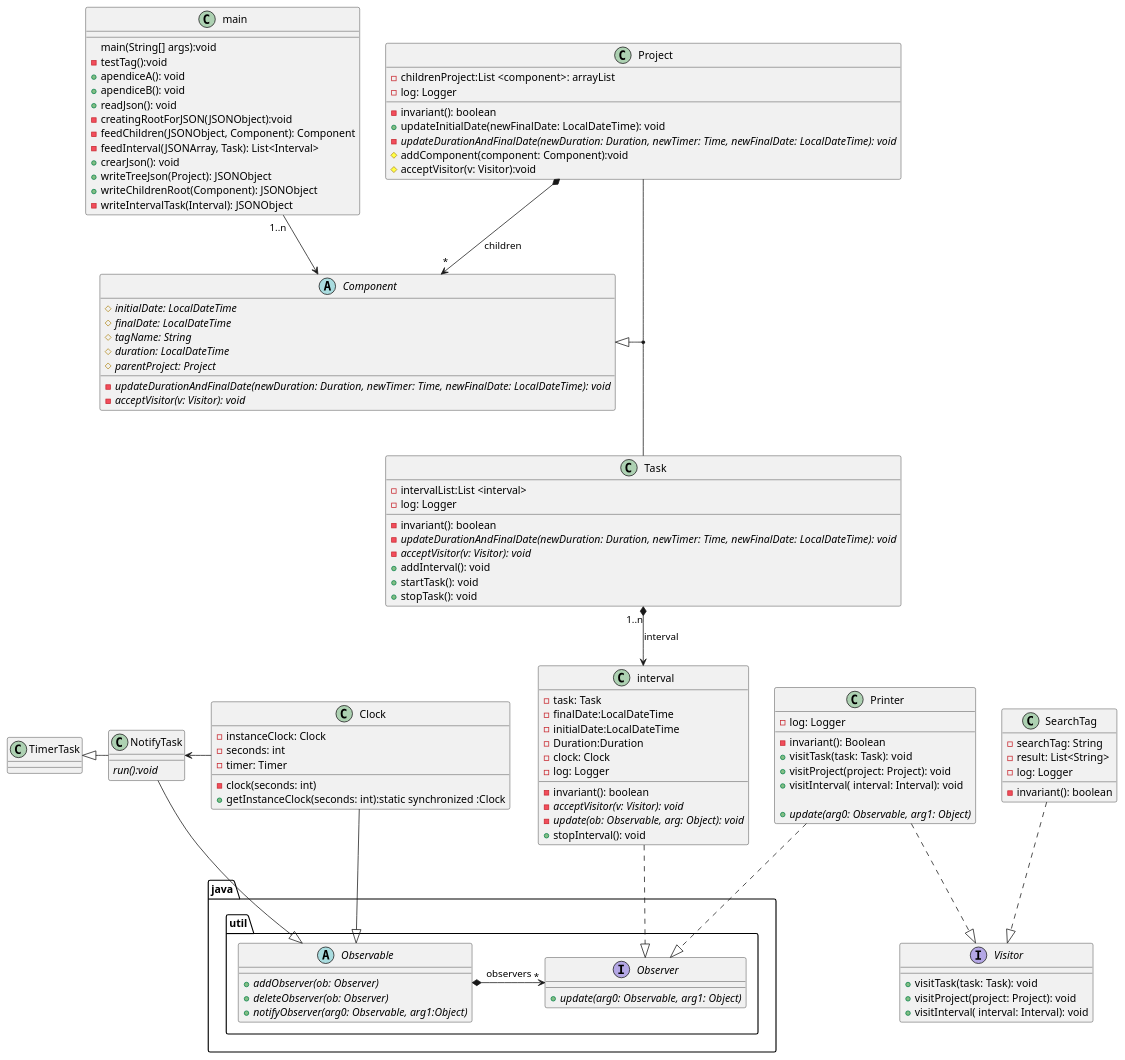
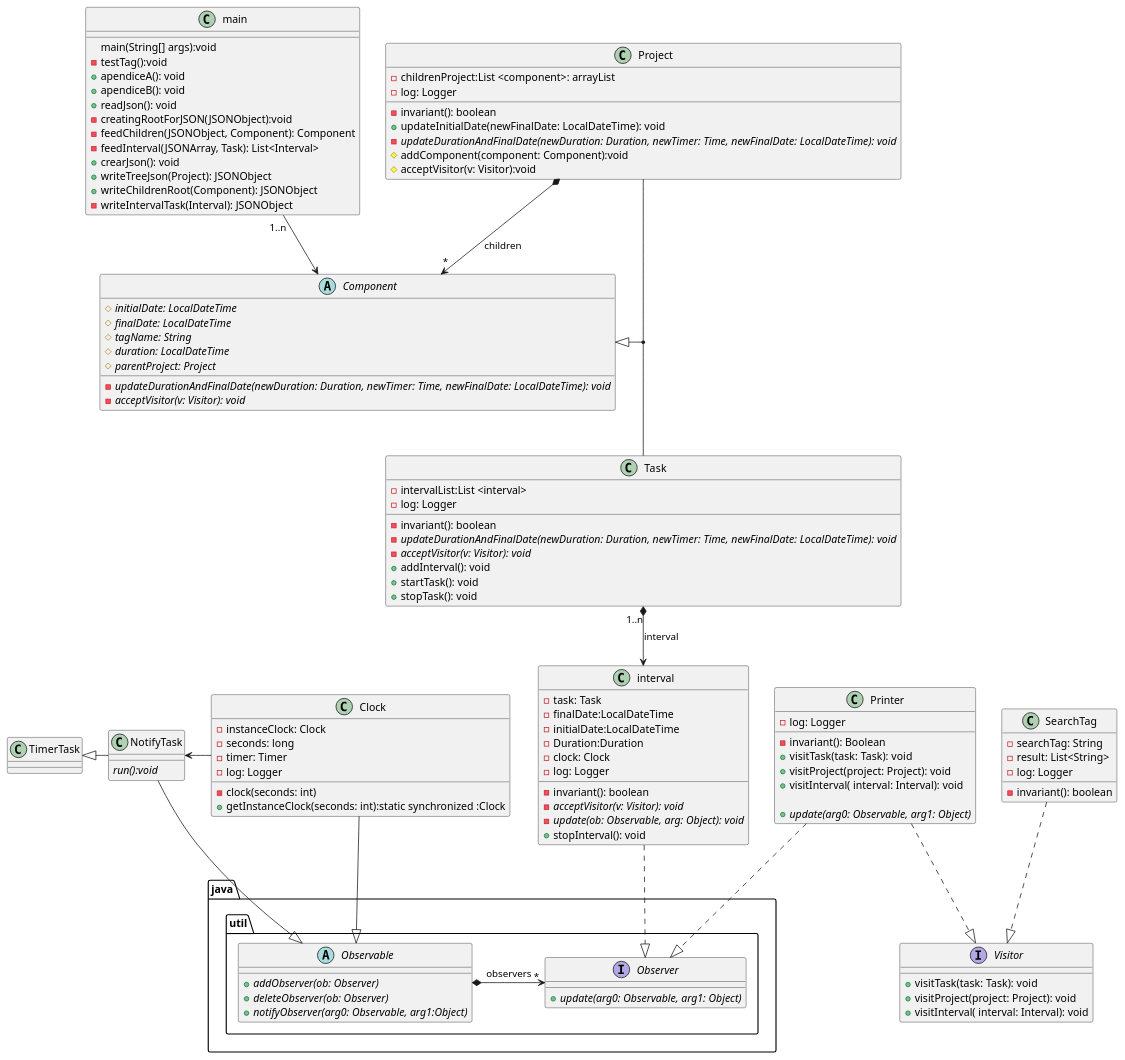
Before and after one commit to alekzihz/DS_TimeTracking: the diagram in src/umlTimeTracking.puml, drawn with PlantUML.

Commit message:
actualización uml

```diff
--- a/src/umlTimeTracking.puml
+++ b/src/umlTimeTracking.puml
@@ -1,148 +1,149 @@
 @startuml
 
 'https://plantuml.com/class-diagram
 
 
 
 class main{
   main(String[] args):void
   -testTag():void
   +apendiceA(): void
   +apendiceB(): void
   +readJson(): void
   -creatingRootForJSON(JSONObject):void
   -feedChildren(JSONObject, Component): Component
   -feedInterval(JSONArray, Task): List<Interval>
   +crearJson(): void
   +writeTreeJson(Project): JSONObject
   +writeChildrenRoot(Component): JSONObject
   -writeIntervalTask(Interval): JSONObject
 }
 abstract Component{
     {abstract}#initialDate: LocalDateTime
     {abstract}#finalDate: LocalDateTime
     {abstract}#tagName: String
     {abstract}#duration: LocalDateTime
     {abstract}#parentProject: Project
     {abstract}-updateDurationAndFinalDate(newDuration: Duration, newTimer: Time, newFinalDate: LocalDateTime): void
     {abstract}-acceptVisitor(v: Visitor): void
 }
 
 Interface Visitor{
     +visitTask(task: Task): void
     +visitProject(project: Project): void
     +visitInterval( interval: Interval): void
 
 }
 
 class Project{
     -childrenProject:List <component>: arrayList
     -log: Logger
     
     -invariant(): boolean
     +updateInitialDate(newFinalDate: LocalDateTime): void
     {abstract}-updateDurationAndFinalDate(newDuration: Duration, newTimer: Time, newFinalDate: LocalDateTime): void
     #addComponent(component: Component):void
     #acceptVisitor(v: Visitor):void
 }
 
 class Task {
     -intervalList:List <interval>
     -log: Logger
     
     -invariant(): boolean
     {abstract}-updateDurationAndFinalDate(newDuration: Duration, newTimer: Time, newFinalDate: LocalDateTime): void
     {abstract}-acceptVisitor(v: Visitor): void
     +addInterval(): void
     +startTask(): void
     +stopTask(): void
 }
 class interval{
     -task: Task
     -finalDate:LocalDateTime
     -initialDate:LocalDateTime
     -Duration:Duration
     -clock: Clock
     -log: Logger
     
     -invariant(): boolean
     {abstract}-acceptVisitor(v: Visitor): void
     {abstract}-update(ob: Observable, arg: Object): void
     +stopInterval(): void
 
 }
 
 package java.util{
 
     interface Observer {
 
         +{abstract}update(arg0: Observable, arg1: Object)
 
     }
 
     Abstract Observable
     {
        +{abstract}addObserver(ob: Observer)
        +{abstract}deleteObserver(ob: Observer)
        +{abstract}notifyObserver(arg0: Observable, arg1:Object)
     }
 
 
 
 }
 
 class Clock {
     -instanceClock: Clock
-    -seconds: int
+    -seconds: long
     -timer: Timer
+    -log: Logger
     -clock(seconds: int)
     +getInstanceClock(seconds: int):static synchronized :Clock
 
 }
 
 class NotifyTask{
     {abstract}run():void
 }
 
 class Printer{
     -log: Logger
 
     -invariant(): Boolean
     +visitTask(task: Task): void
     +visitProject(project: Project): void
     +visitInterval( interval: Interval): void
 
     +{abstract}update(arg0: Observable, arg1: Object)
 }
 
 
 class SearchTag {
     -searchTag: String
     -result: List<String>
     -log: Logger
     
     
     -invariant(): boolean
 
 }
 
 Clock-left->NotifyTask
 NotifyTask--|>Observable
 NotifyTask-left-|>TimerTask
 
 SearchTag..|>Visitor
 
 Printer..|>Visitor
 Printer..|>Observer
 
 main"1..n"--> Component
 Project *--> "*"Component:children
 
 Component <|--down(Project,Task)
 
 Clock--|> Observable
 interval ..|> Observer
 Observable*--left>"*"Observer:observers
 Task "1..n"*--> interval:interval
 
 @enduml
```
